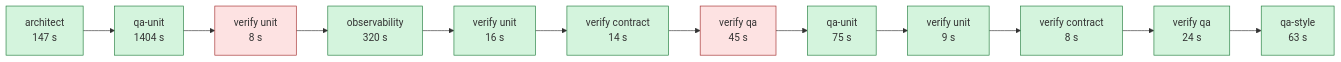
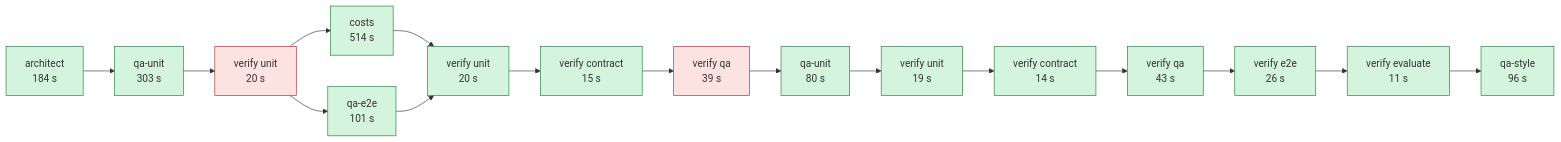
One commit to chavalalo/NextGenCode-M4 changed the diagram in output/pipeline.md. Above: the diagram before and after it, drawn with Mermaid. The commit also changed other lines of this file and 50 other files, not shown here.

````diff
--- a/output/pipeline.md
+++ b/output/pipeline.md
@@ -3,28 +3,35 @@
 ```mermaid
 flowchart LR
-  s0["architect<br/>147 s"]:::ok
-  s1["qa-unit<br/>1404 s"]:::ok
-  s2["verify unit<br/>8 s"]:::fail
-  s3["observability<br/>320 s"]:::ok
-  s4["verify unit<br/>16 s"]:::ok
-  s5["verify contract<br/>14 s"]:::ok
-  s6["verify qa<br/>45 s"]:::fail
-  s7["qa-unit<br/>75 s"]:::ok
-  s8["verify unit<br/>9 s"]:::ok
-  s9["verify contract<br/>8 s"]:::ok
-  s10["verify qa<br/>24 s"]:::ok
-  s11["qa-style<br/>63 s"]:::ok
+  s0["architect<br/>184 s"]:::ok
+  s1["qa-unit<br/>303 s"]:::ok
+  s2["verify unit<br/>20 s"]:::fail
+  s3["costs<br/>514 s"]:::ok
+  s4["qa-e2e<br/>101 s"]:::ok
+  s5["verify unit<br/>20 s"]:::ok
+  s6["verify contract<br/>15 s"]:::ok
+  s7["verify qa<br/>39 s"]:::fail
+  s8["qa-unit<br/>80 s"]:::ok
+  s9["verify unit<br/>19 s"]:::ok
+  s10["verify contract<br/>14 s"]:::ok
+  s11["verify qa<br/>43 s"]:::ok
+  s12["verify e2e<br/>26 s"]:::ok
+  s13["verify evaluate<br/>11 s"]:::ok
+  s14["qa-style<br/>96 s"]:::ok
   s0 --> s1
   s1 --> s2
   s2 --> s3
-  s3 --> s4
+  s2 --> s4
+  s3 --> s5
   s4 --> s5
   s5 --> s6
   s6 --> s7
   s7 --> s8
   s8 --> s9
   s9 --> s10
   s10 --> s11
+  s11 --> s12
+  s12 --> s13
+  s13 --> s14
   classDef ok fill:#d4f4dd,stroke:#1e7b3a
   classDef fail fill:#fde2e2,stroke:#a12a2a
 ```
````
